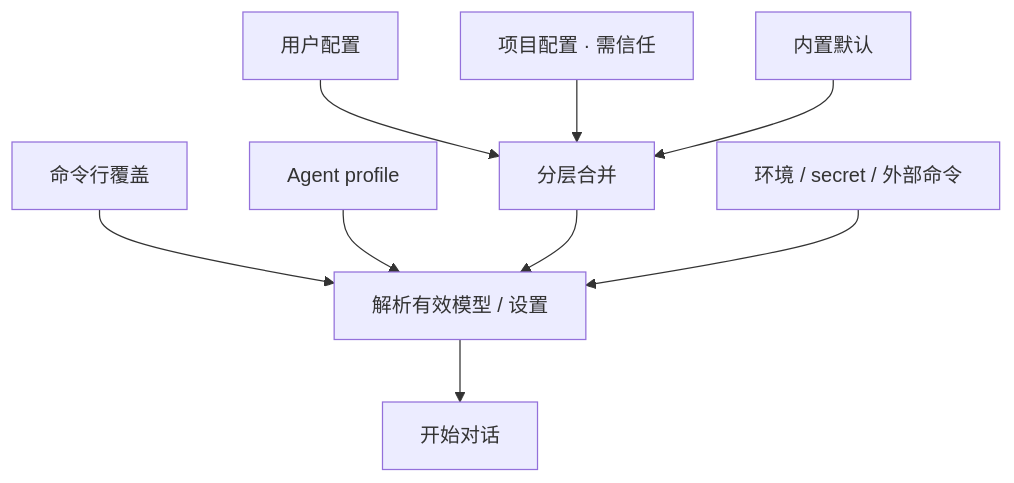
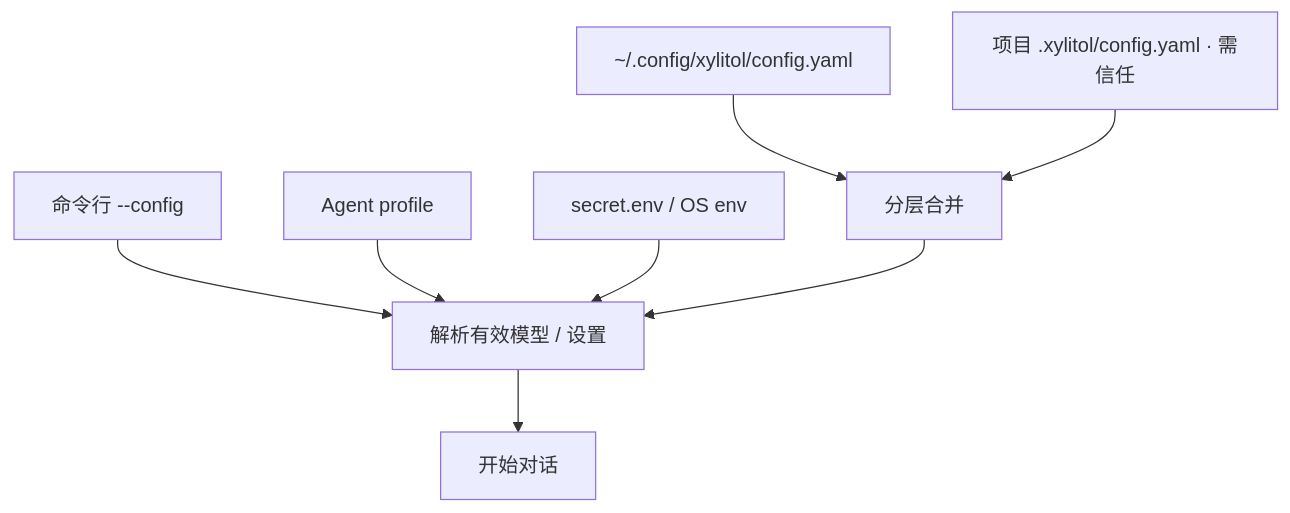
One commit to StrayDragon/xylitol changed the diagram in docs/architecture/配置与档案.md. Above: the diagram before and after it, drawn with Mermaid. The commit also changed other lines of this file and 16 other files, not shown here.

First line of the commit message:
feat(config): drop config.local.yaml; only config.yaml + secret.env

````diff
--- a/docs/architecture/配置与档案.md
+++ b/docs/architecture/配置与档案.md
@@ -15,11 +18,10 @@
 ```mermaid
 flowchart TB
-  CLI["命令行覆盖"] --> Resolve["解析有效模型 / 设置"]
+  CLI["命令行 --config"] --> Resolve["解析有效模型 / 设置"]
   Profile["Agent profile"] --> Resolve
-  UserCfg["用户配置"] --> Merge["分层合并"]
-  ProjCfg["项目配置 · 需信任"] --> Merge
-  Defaults["内置默认"] --> Merge
+  GlobalYaml["~/.config/xylitol/config.yaml"] --> Merge["分层合并"]
+  ProjYaml["项目 .xylitol/config.yaml · 需信任"] --> Merge
+  Secrets["secret.env / OS env"] --> Resolve
   Merge --> Resolve
-  Secrets["环境 / secret / 外部命令"] --> Resolve
   Resolve --> Run["开始对话"]
 ```
````
